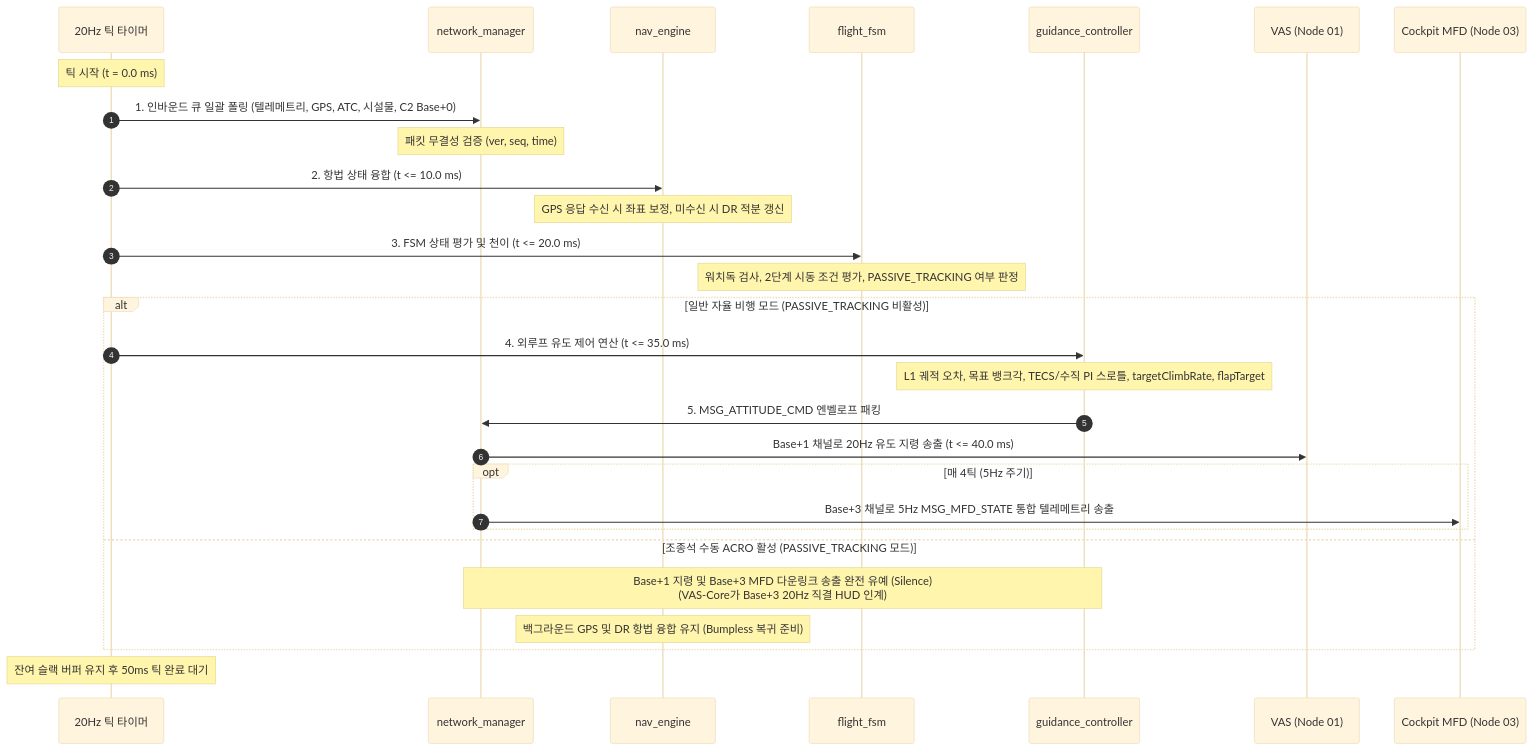
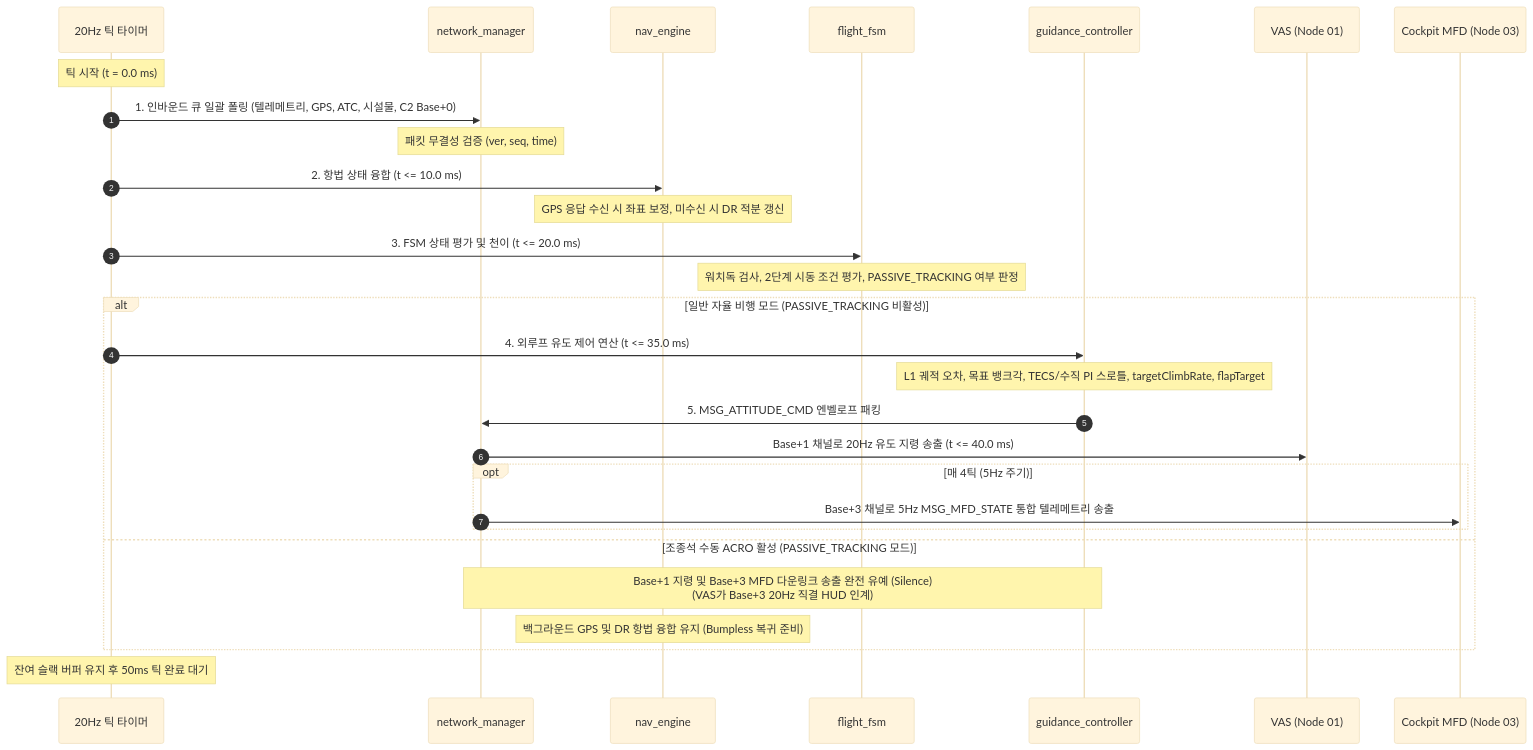
One commit to Polimachi/Aeroneutics_Autopilot changed the third of 11 diagrams in docs/specs/2_guidance/fcp/FCP_PROGRAM_SPECIFICATION.md. Above: the diagram before and after it, drawn with Mermaid (base theme). The commit also changed other lines of this file and 6 other files, not shown here.

````diff
--- a/docs/specs/2_guidance/fcp/FCP_PROGRAM_SPECIFICATION.md
+++ b/docs/specs/2_guidance/fcp/FCP_PROGRAM_SPECIFICATION.md
@@ -254,35 +254,35 @@
 ```mermaid
 sequenceDiagram
     autonumber
     participant T as 20Hz 틱 타이머
     participant N as network_manager
     participant NV as nav_engine
     participant F as flight_fsm
     participant G as guidance_controller
     participant C as VAS (Node 01)
     participant M as Cockpit MFD (Node 03)
 
     Note over T: 틱 시작 (t = 0.0 ms)
     T->>N: 1. 인바운드 큐 일괄 폴링 (텔레메트리, GPS, ATC, 시설물, C2 Base+0)
     Note over N: 패킷 무결성 검증 (ver, seq, time)
 
     T->>NV: 2. 항법 상태 융합 (t <= 10.0 ms)
     Note over NV: GPS 응답 수신 시 좌표 보정, 미수신 시 DR 적분 갱신
 
     T->>F: 3. FSM 상태 평가 및 천이 (t <= 20.0 ms)
     Note over F: 워치독 검사, 2단계 시동 조건 평가, PASSIVE_TRACKING 여부 판정
 
     alt 일반 자율 비행 모드 (PASSIVE_TRACKING 비활성)
         T->>G: 4. 외루프 유도 제어 연산 (t <= 35.0 ms)
         Note over G: L1 궤적 오차, 목표 뱅크각, TECS/수직 PI 스로틀, targetClimbRate, flapTarget
         G->>N: 5. MSG_ATTITUDE_CMD 엔벨로프 패킹
         N->>C: Base+1 채널로 20Hz 유도 지령 송출 (t <= 40.0 ms)
         opt 매 4틱 (5Hz 주기)
             N->>M: Base+3 채널로 5Hz MSG_MFD_STATE 통합 텔레메트리 송출
         end
     else 조종석 수동 ACRO 활성 (PASSIVE_TRACKING 모드)
-        Note over G,N: Base+1 지령 및 Base+3 MFD 다운링크 송출 완전 유예 (Silence)<br/>(VAS-Core가 Base+3 20Hz 직결 HUD 인계)
+        Note over G,N: Base+1 지령 및 Base+3 MFD 다운링크 송출 완전 유예 (Silence)<br/>(VAS가 Base+3 20Hz 직결 HUD 인계)
         Note over NV: 백그라운드 GPS 및 DR 항법 융합 유지 (Bumpless 복귀 준비)
     end
     Note over T: 잔여 슬랙 버퍼 유지 후 50ms 틱 완료 대기
 ```
````
